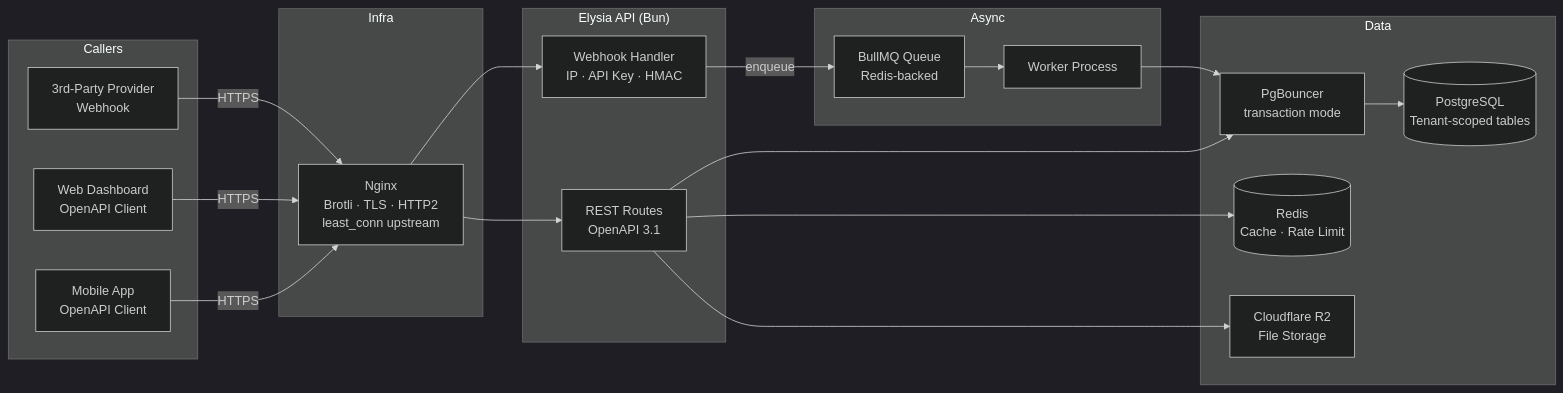
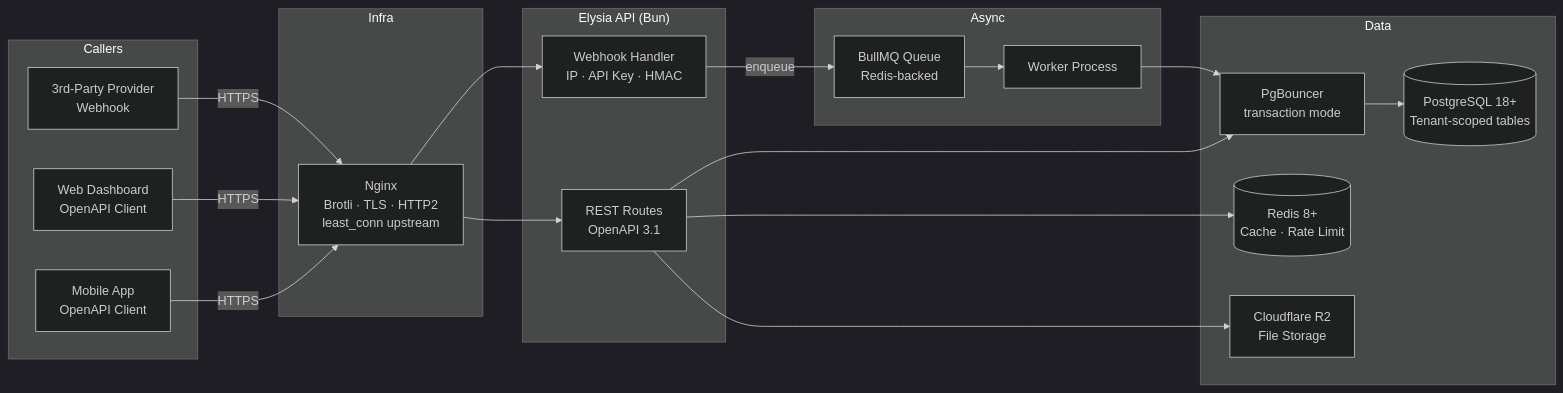
One commit to takin/knowledge-base changed the second of 3 diagrams in raw/engineering/tech-stacks/2026-04-15-infra-docker-compose-nginx-stack.md. Above: the diagram before and after it, drawn with Mermaid (dark theme). The commit also changed other lines of this file and 13 other files, not shown here.

````diff
--- a/raw/engineering/tech-stacks/2026-04-15-infra-docker-compose-nginx-stack.md
+++ b/raw/engineering/tech-stacks/2026-04-15-infra-docker-compose-nginx-stack.md
@@ -817,36 +913,36 @@
 ```mermaid
 flowchart LR
     subgraph Callers
         M[Mobile App<br/>OpenAPI Client]
         W[Web Dashboard<br/>OpenAPI Client]
         P[3rd-Party Provider<br/>Webhook]
     end
 
     subgraph Infra
         N[Nginx<br/>Brotli · TLS · HTTP2<br/>least_conn upstream]
     end
 
     subgraph API["Elysia API (Bun)"]
         R[REST Routes<br/>OpenAPI 3.1]
         WH[Webhook Handler<br/>IP · API Key · HMAC]
     end
 
     subgraph Async
         BQ[BullMQ Queue<br/>Redis-backed]
         WK[Worker Process]
     end
 
     subgraph Data
         PGB[PgBouncer<br/>transaction mode]
-        DB[(PostgreSQL<br/>Tenant-scoped tables)]
-        RC[(Redis<br/>Cache · Rate Limit)]
+        DB[(PostgreSQL 18+<br/>Tenant-scoped tables)]
+        RC[(Redis 8+<br/>Cache · Rate Limit)]
         S3[Cloudflare R2<br/>File Storage]
     end
 
     M & W -->|HTTPS| N --> R
     P -->|HTTPS| N --> WH
     WH -->|enqueue| BQ --> WK
     R & WK --> PGB --> DB
     R --> RC
     R --> S3
 ```
````
